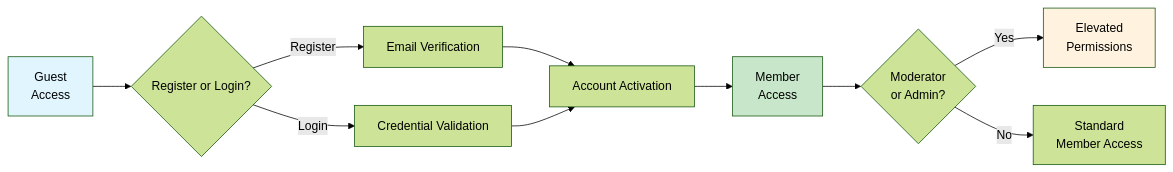
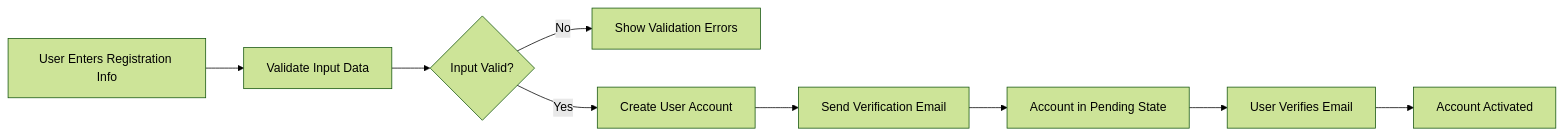
Before and after one commit to wrtnlabs/autobe-examples: the second of 3 diagrams in deepseek/deepseek-v3.1-terminus-exacto/reddit/docs/analysis/02-user-actors-authentication.md, drawn with Mermaid (forest theme). The commit also changed other lines of this file and 7173 other files, not shown here.

````diff
--- a/deepseek/deepseek-v3.1-terminus-exacto/reddit/docs/analysis/02-user-actors-authentication.md
+++ b/deepseek/deepseek-v3.1-terminus-exacto/reddit/docs/analysis/02-user-actors-authentication.md
@@ -267,16 +90,11 @@
 ```mermaid
 graph LR
-    A["Guest<br/>Access"] --> B{"Register or Login?"}
-    B -->|"Register"| C["Email Verification"]
-    B -->|"Login"| D["Credential Validation"]
-    C --> E["Account Activation"]
-    D --> E
-    E --> F["Member<br/>Access"]
-    F --> G{"Moderator<br/>or Admin?"}
-    G -->|"Yes"| H["Elevated<br/>Permissions"]
-    G -->|"No"| I["Standard<br/>Member Access"]
-    
-    style A fill:#e1f5fe
-    style F fill:#c8e6c9
-    style H fill:#fff3e0
+  A["User Enters Registration Info"] --> B["Validate Input Data"]
+  B --> C{"Input Valid?"}
+  C -->|"No"| D["Show Validation Errors"]
+  C -->|"Yes"| E["Create User Account"]
+  E --> F["Send Verification Email"]
+  F --> G["Account in Pending State"]
+  G --> H["User Verifies Email"]
+  H --> I["Account Activated"]
 ```
````
